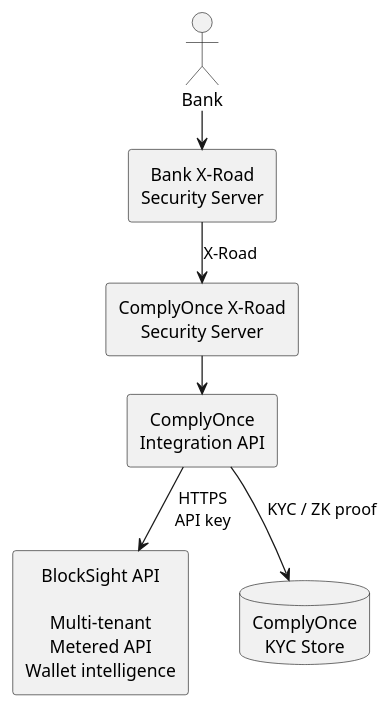
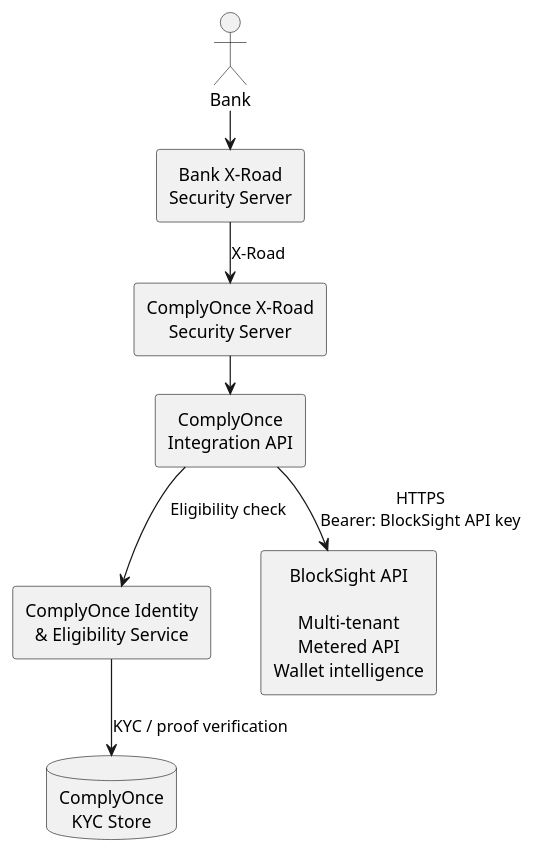
One commit to BlockSight-Labs/partner-docs changed the first of 3 diagrams in docs/ComplyOnce/2026-09-16-BlockSight-ComplyOnce-StatementOfUnderstanding.md. Above: the diagram before and after it, drawn with PlantUML. The commit also changed other lines of this file and 5 other files, not shown here.

````diff
--- a/docs/ComplyOnce/2026-09-16-BlockSight-ComplyOnce-StatementOfUnderstanding.md
+++ b/docs/ComplyOnce/2026-09-16-BlockSight-ComplyOnce-StatementOfUnderstanding.md
@@ -18,29 +18,31 @@
 ```plantuml
 @startuml
 
 top to bottom direction
 
 skinparam componentStyle rectangle
 skinparam shadowing false
 skinparam nodesep 40
 skinparam ranksep 30
 skinparam defaultTextAlignment center
 
 actor "Bank" as Bank
 
 component "Bank X-Road\nSecurity Server" as BankXR
 component "ComplyOnce X-Road\nSecurity Server" as COXR
 component "ComplyOnce\nIntegration API" as CO
+component "ComplyOnce Identity\n& Eligibility Service" as Identity
 
 component "BlockSight API\n\nMulti-tenant\nMetered API\nWallet intelligence" as BS
 database "ComplyOnce\nKYC Store" as KYC
 
 Bank --> BankXR
 BankXR --> COXR : X-Road
 COXR --> CO
 
-CO --> BS : HTTPS\nAPI key
-CO --> KYC : KYC / ZK proof
+CO --> Identity : Eligibility check
+Identity --> KYC : KYC / proof verification
+CO --> BS : HTTPS\nBearer: BlockSight API key
 
 @enduml
 ```
````
